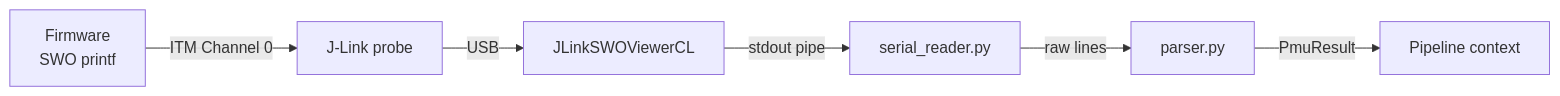
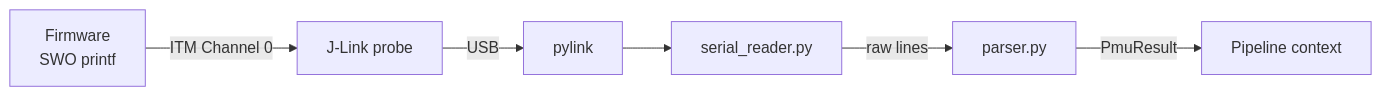
The diagram in docs/architecture/capture.md (AmbiqAI/helia-profiler), drawn with Mermaid before and after one commit. The commit also changed other lines of this file and 9 other files, not shown here.

````diff
--- a/docs/architecture/capture.md
+++ b/docs/architecture/capture.md
@@ -8,8 +8,8 @@
 ```mermaid
 graph LR
     A[Firmware<br/>SWO printf] -->|ITM Channel 0| B[J-Link probe]
-    B -->|USB| C[JLinkSWOViewerCL]
-    C -->|stdout pipe| D[serial_reader.py]
+    B -->|USB| C[pylink]
+    C --> D[serial_reader.py]
     D -->|raw lines| E[parser.py]
     E -->|PmuResult| F[Pipeline context]
 ```
````
